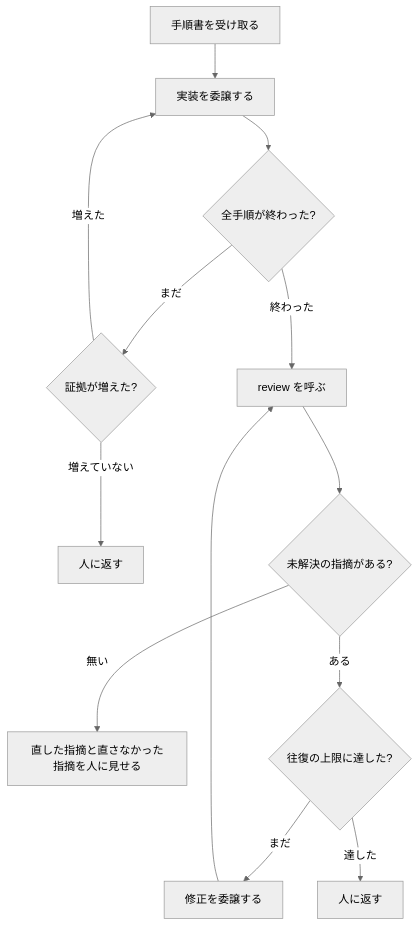
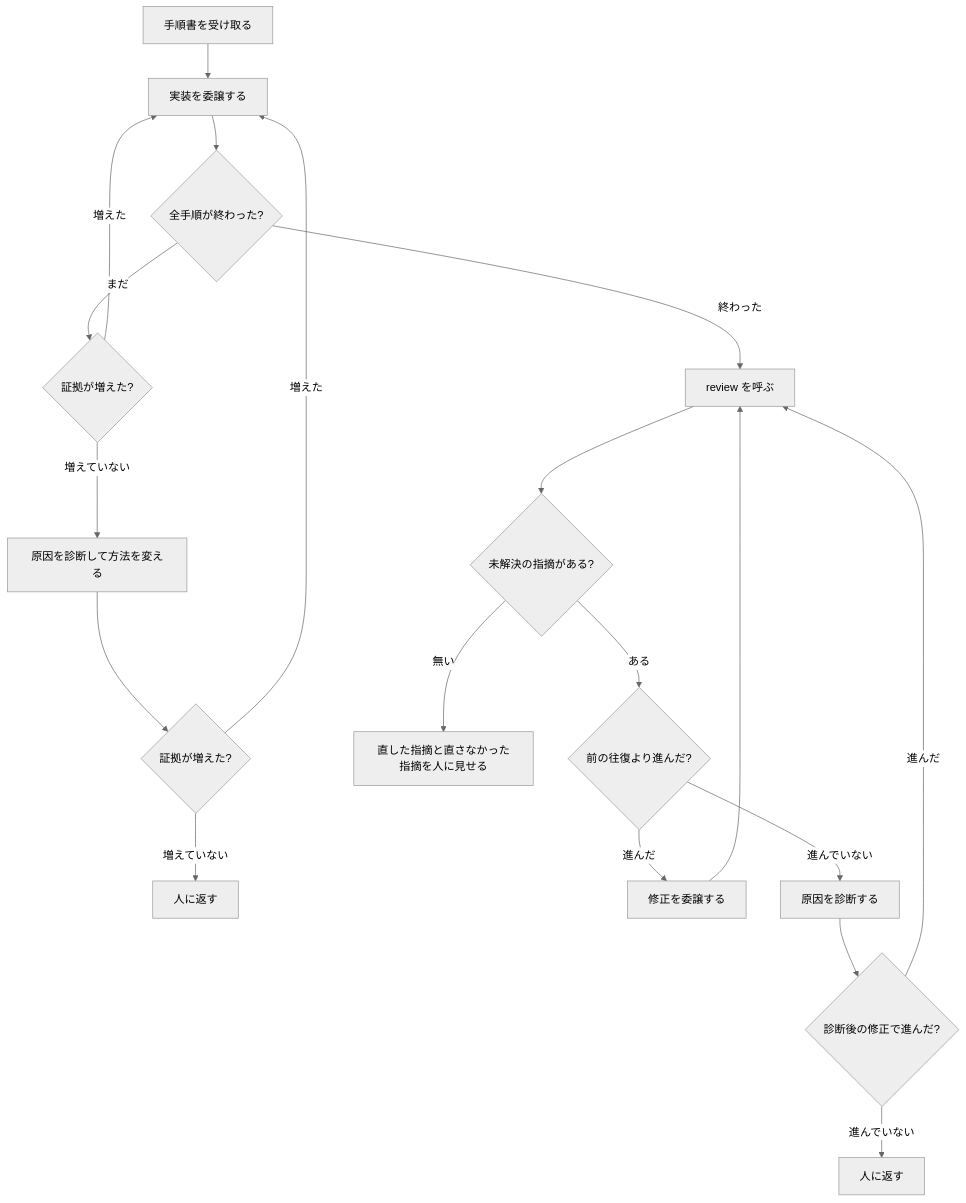
The diagram in docs/spec/cycle.md (ba0918/agentic-workflow), drawn with Mermaid (neutral theme) before and after one commit. The commit also changed other lines of this file and 7 other files, not shown here.

````diff
--- a/docs/spec/cycle.md
+++ b/docs/spec/cycle.md
@@ -14,15 +15,21 @@
 ```mermaid
 flowchart TD
     S[手順書を受け取る] --> I[実装を委譲する]
     I --> P{全手順が終わった?}
     P -- まだ --> Q{証拠が増えた?}
     Q -- 増えた --> I
-    Q -- 増えていない --> H1[人に返す]
+    Q -- 増えていない --> Z[原因を診断して方法を変える]
+    Z --> Q2{証拠が増えた?}
+    Q2 -- 増えた --> I
+    Q2 -- 増えていない --> H1[人に返す]
     P -- 終わった --> R[review を呼ぶ]
     R --> C{未解決の指摘がある?}
     C -- 無い --> D[直した指摘と直さなかった指摘を人に見せる]
-    C -- ある --> L{往復の上限に達した?}
-    L -- まだ --> F[修正を委譲する]
+    C -- ある --> L{前の往復より進んだ?}
+    L -- 進んだ --> F[修正を委譲する]
     F --> R
-    L -- 達した --> H2[人に返す]
+    L -- 進んでいない --> X[原因を診断する]
+    X --> Y{診断後の修正で進んだ?}
+    Y -- 進んだ --> R
+    Y -- 進んでいない --> H2[人に返す]
 ```
````
